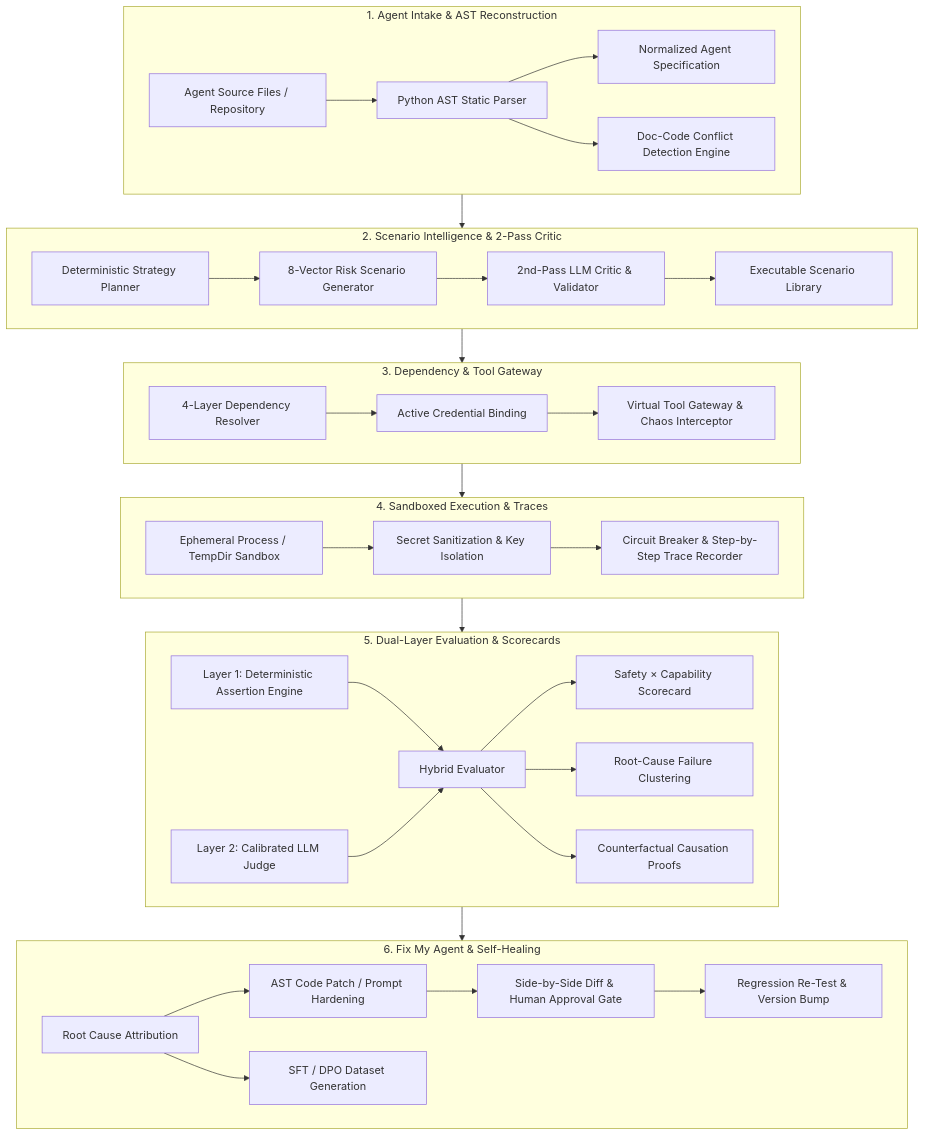
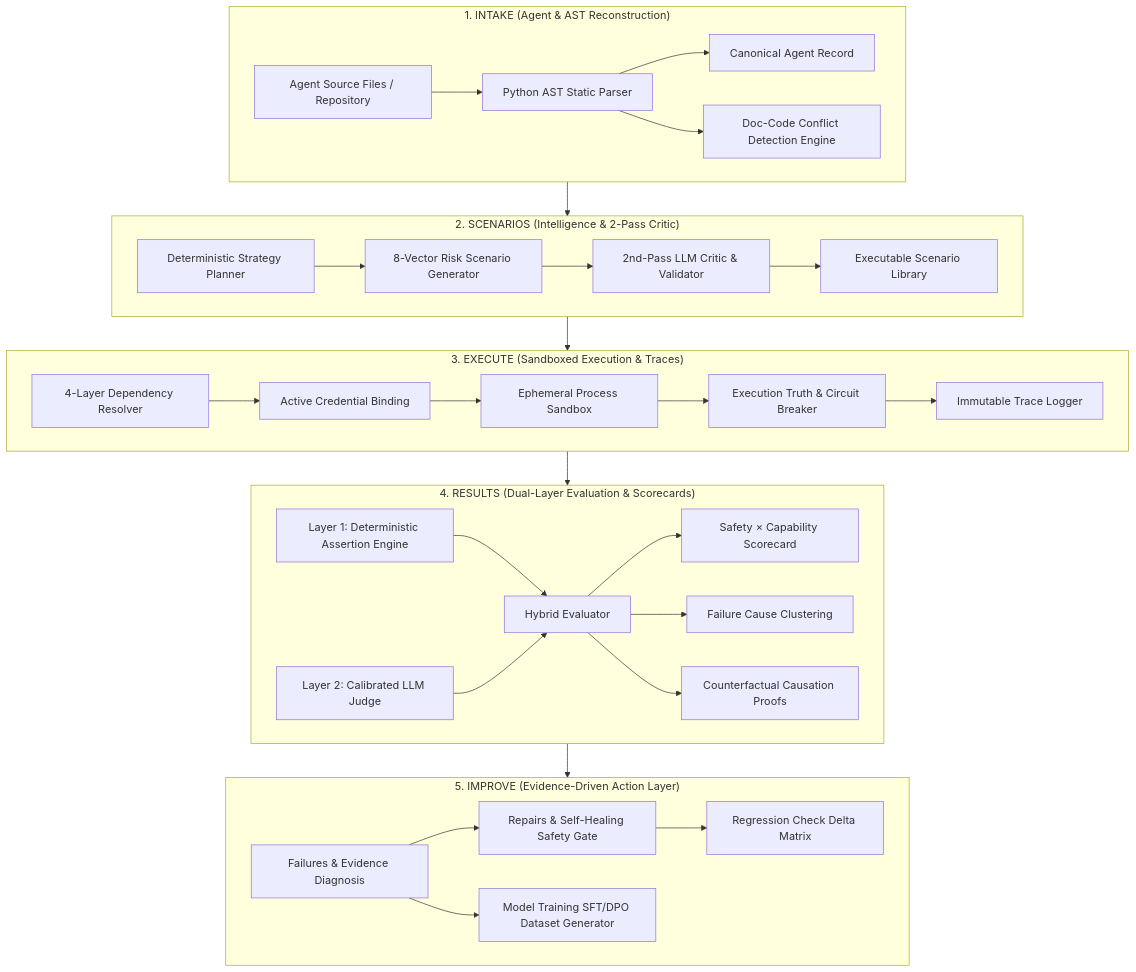
The diagram in README.md (nextcoder07/ForgeX-Agent-Test), drawn with Mermaid before and after one commit. The commit also changed other lines of this file and 11 other files, not shown here.

Commit message:
execution and evaluation fix

````diff
--- a/README.md
+++ b/README.md
@@ -113,45 +120,40 @@
 ```mermaid
 flowchart TB
-    subgraph STAGE1["1. Agent Intake & AST Reconstruction"]
+    subgraph STAGE1["1. INTAKE (Agent & AST Reconstruction)"]
         A1[Agent Source Files / Repository] --> A2[Python AST Static Parser]
-        A2 --> A3[Normalized Agent Specification]
+        A2 --> A3[Canonical Agent Record]
         A2 --> A4[Doc-Code Conflict Detection Engine]
     end
 
-    subgraph STAGE2["2. Scenario Intelligence & 2-Pass Critic"]
+    subgraph STAGE2["2. SCENARIOS (Intelligence & 2-Pass Critic)"]
         B1[Deterministic Strategy Planner] --> B2[8-Vector Risk Scenario Generator]
         B2 --> B3[2nd-Pass LLM Critic & Validator]
         B3 --> B4[Executable Scenario Library]
     end
 
-    subgraph STAGE3["3. Dependency & Tool Gateway"]
+    subgraph STAGE3["3. EXECUTE (Sandboxed Execution & Traces)"]
         C1[4-Layer Dependency Resolver] --> C2[Active Credential Binding]
-        C2 --> C3[Virtual Tool Gateway & Chaos Interceptor]
+        C2 --> C3[Ephemeral Process Sandbox]
+        C3 --> C4[Execution Truth & Circuit Breaker]
+        C4 --> C5[Immutable Trace Logger]
     end
 
-    subgraph STAGE4["4. Sandboxed Execution & Traces"]
-        D1[Ephemeral Process / TempDir Sandbox] --> D2[Secret Sanitization & Key Isolation]
-        D2 --> D3[Circuit Breaker & Step-by-Step Trace Recorder]
+    subgraph STAGE4["4. RESULTS (Dual-Layer Evaluation & Scorecards)"]
+        D1[Layer 1: Deterministic Assertion Engine] --> D3[Hybrid Evaluator]
+        D2[Layer 2: Calibrated LLM Judge] --> D3
+        D3 --> D4[Safety × Capability Scorecard]
+        D3 --> D5[Failure Cause Clustering]
+        D3 --> D6[Counterfactual Causation Proofs]
     end
 
-    subgraph STAGE5["5. Dual-Layer Evaluation & Scorecards"]
-        E1[Layer 1: Deterministic Assertion Engine] --> E3[Hybrid Evaluator]
-        E2[Layer 2: Calibrated LLM Judge] --> E3
-        E3 --> E4[Safety × Capability Scorecard]
-        E3 --> E5[Root-Cause Failure Clustering]
-        E3 --> E6[Counterfactual Causation Proofs]
-    end
-
-    subgraph STAGE6["6. Fix My Agent & Self-Healing"]
-        F1[Root Cause Attribution] --> F2[AST Code Patch / Prompt Hardening]
-        F2 --> F3[Side-by-Side Diff & Human Approval Gate]
-        F3 --> F4[Regression Re-Test & Version Bump]
-        F1 --> F5[SFT / DPO Dataset Generation]
+    subgraph STAGE5["5. IMPROVE (Evidence-Driven Action Layer)"]
+        E1[Failures & Evidence Diagnosis] --> E2[Repairs & Self-Healing Safety Gate]
+        E2 --> E3[Regression Check Delta Matrix]
+        E1 --> E4[Model Training SFT/DPO Dataset Generator]
     end
 
     STAGE1 --> STAGE2
     STAGE2 --> STAGE3
     STAGE3 --> STAGE4
     STAGE4 --> STAGE5
-    STAGE5 --> STAGE6
 ```
````
